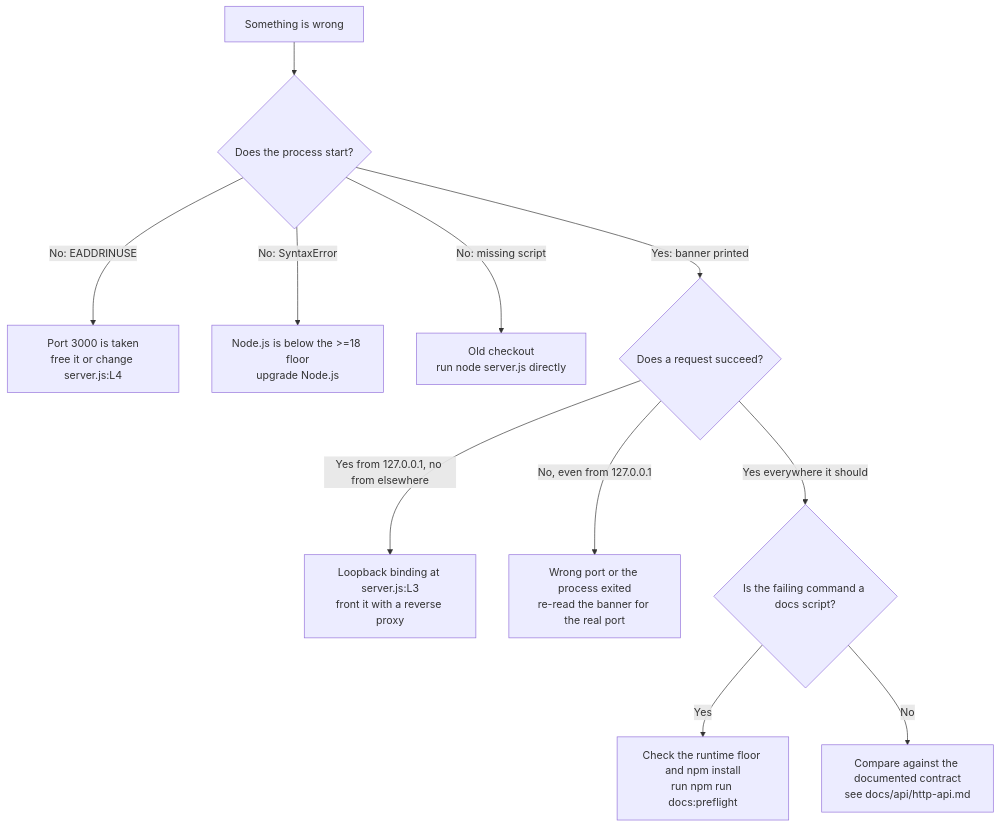
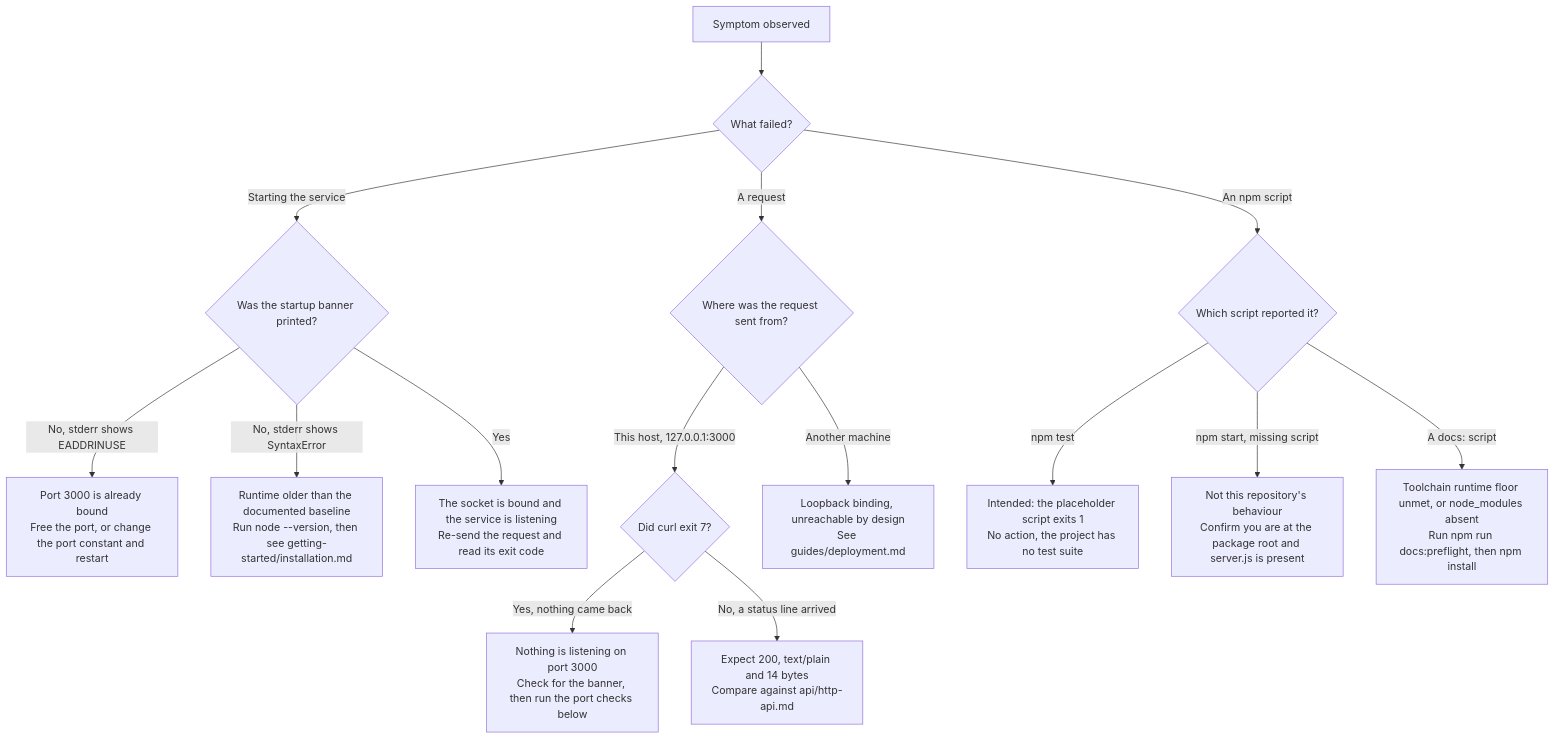
One commit to Sandeep01Kumar/existing-projects-qa-test-03-dec changed the diagram in docs/guides/troubleshooting.md. Above: the diagram before and after it, drawn with Mermaid. The commit also changed other lines of this file, not shown here.

````diff
--- a/docs/guides/troubleshooting.md
+++ b/docs/guides/troubleshooting.md
@@ -24,13 +28,22 @@
 ```mermaid
 flowchart TD
-    START["Something is wrong"] --> Q1{"Does the process start?"}
-    Q1 -->|"No: EADDRINUSE"| A1["Port 3000 is taken<br/>free it or change server.js:L4"]
-    Q1 -->|"No: SyntaxError"| A2["Node.js is below the >=18 floor<br/>upgrade Node.js"]
-    Q1 -->|"No: missing script"| A3["Old checkout<br/>run node server.js directly"]
-    Q1 -->|"Yes: banner printed"| Q2{"Does a request succeed?"}
-    Q2 -->|"Yes from 127.0.0.1, no from elsewhere"| A4["Loopback binding at server.js:L3<br/>front it with a reverse proxy"]
-    Q2 -->|"No, even from 127.0.0.1"| A5["Wrong port or the process exited<br/>re-read the banner for the real port"]
-    Q2 -->|"Yes everywhere it should"| Q3{"Is the failing command a docs script?"}
-    Q3 -->|"Yes"| A6["Check the runtime floor and npm install<br/>run npm run docs:preflight"]
-    Q3 -->|"No"| A7["Compare against the documented contract<br/>see docs/api/http-api.md"]
+    S["Symptom observed"] --> Q0{"What failed?"}
+
+    Q0 -->|"Starting the service"| Q1{"Was the startup banner printed?"}
+    Q0 -->|"A request"| Q2{"Where was the request sent from?"}
+    Q0 -->|"An npm script"| Q4{"Which script reported it?"}
+
+    Q1 -->|"No, stderr shows EADDRINUSE"| A1["Port 3000 is already bound<br/>Free the port, or change the port constant and restart"]
+    Q1 -->|"No, stderr shows SyntaxError"| A2["Runtime older than the documented baseline<br/>Run node --version, then see getting-started/installation.md"]
+    Q1 -->|"Yes"| A3["The socket is bound and the service is listening<br/>Re-send the request and read its exit code"]
+
+    Q2 -->|"This host, 127.0.0.1:3000"| Q3{"Did curl exit 7?"}
+    Q2 -->|"Another machine"| A6["Loopback binding, unreachable by design<br/>See guides/deployment.md"]
+
+    Q3 -->|"Yes, nothing came back"| A4["Nothing is listening on port 3000<br/>Check for the banner, then run the port checks below"]
+    Q3 -->|"No, a status line arrived"| A5["Expect 200, text/plain and 14 bytes<br/>Compare against api/http-api.md"]
+
+    Q4 -->|"npm test"| A7["Intended: the placeholder script exits 1<br/>No action, the project has no test suite"]
+    Q4 -->|"npm start, missing script"| A8["Not this repository's behaviour<br/>Confirm you are at the package root and server.js is present"]
+    Q4 -->|"A docs: script"| A9["Toolchain runtime floor unmet, or node_modules absent<br/>Run npm run docs:preflight, then npm install"]
 ```
````
